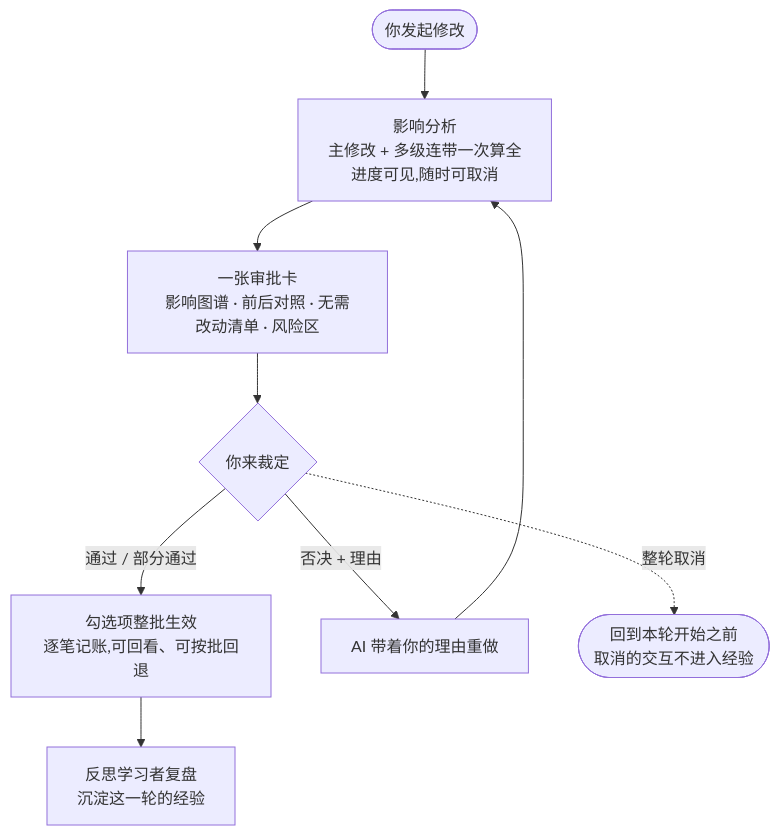
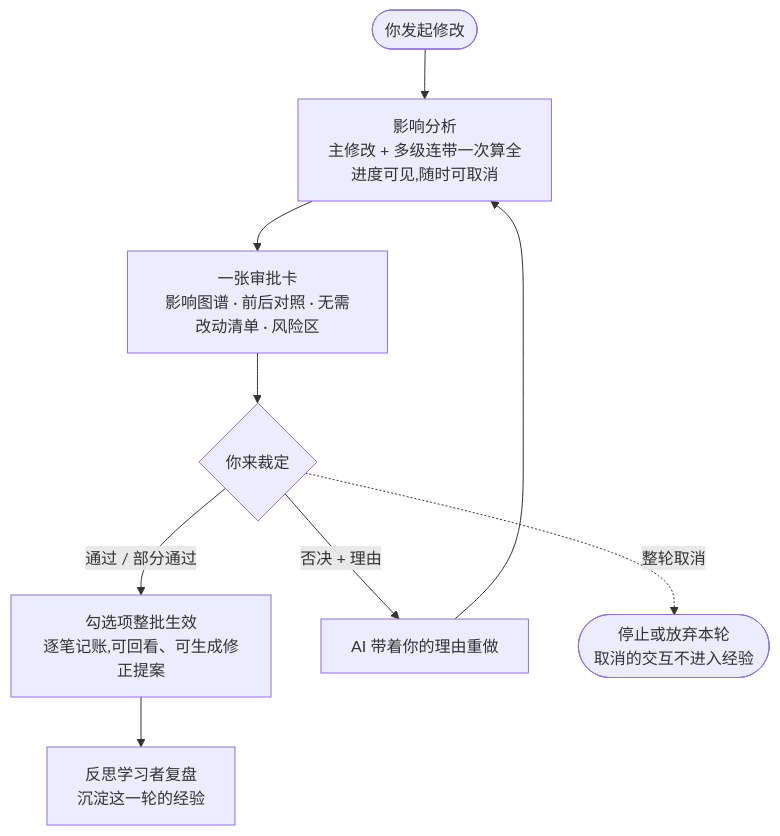
The diagram in plan/08-approval-and-cascade.md (jinhuang712/open-novel), drawn with Mermaid before and after one commit. The commit also changed other lines of this file and 24 other files, not shown here.

````diff
--- a/plan/08-approval-and-cascade.md
+++ b/plan/08-approval-and-cascade.md
@@ -91,11 +91,11 @@
 ```mermaid
 flowchart TD
   A([你发起修改]) --> B["影响分析<br/>主修改 + 多级连带一次算全<br/>进度可见,随时可取消"]
   B --> C["一张审批卡<br/>影响图谱 · 前后对照 · 无需改动清单 · 风险区"]
   C --> D{你来裁定}
-  D -->|通过 / 部分通过| E["勾选项整批生效<br/>逐笔记账,可回看、可按批回退"]
+  D -->|通过 / 部分通过| E["勾选项整批生效<br/>逐笔记账,可回看、可生成修正提案"]
   D -->|否决 + 理由| R[AI 带着你的理由重做]
   R --> B
-  D -.->|整轮取消| X(["回到本轮开始之前<br/>取消的交互不进入经验"])
+  D -.->|整轮取消| X(["停止或放弃本轮<br/>取消的交互不进入经验"])
   E --> F["反思学习者复盘<br/>沉淀这一轮的经验"]
 ```
````
